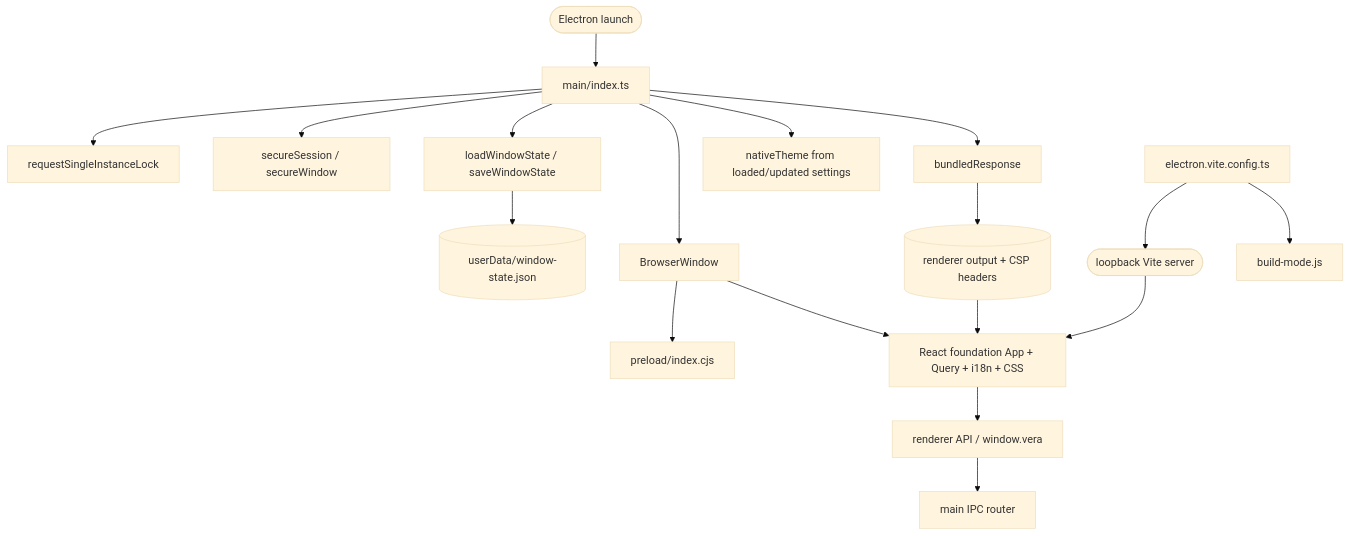
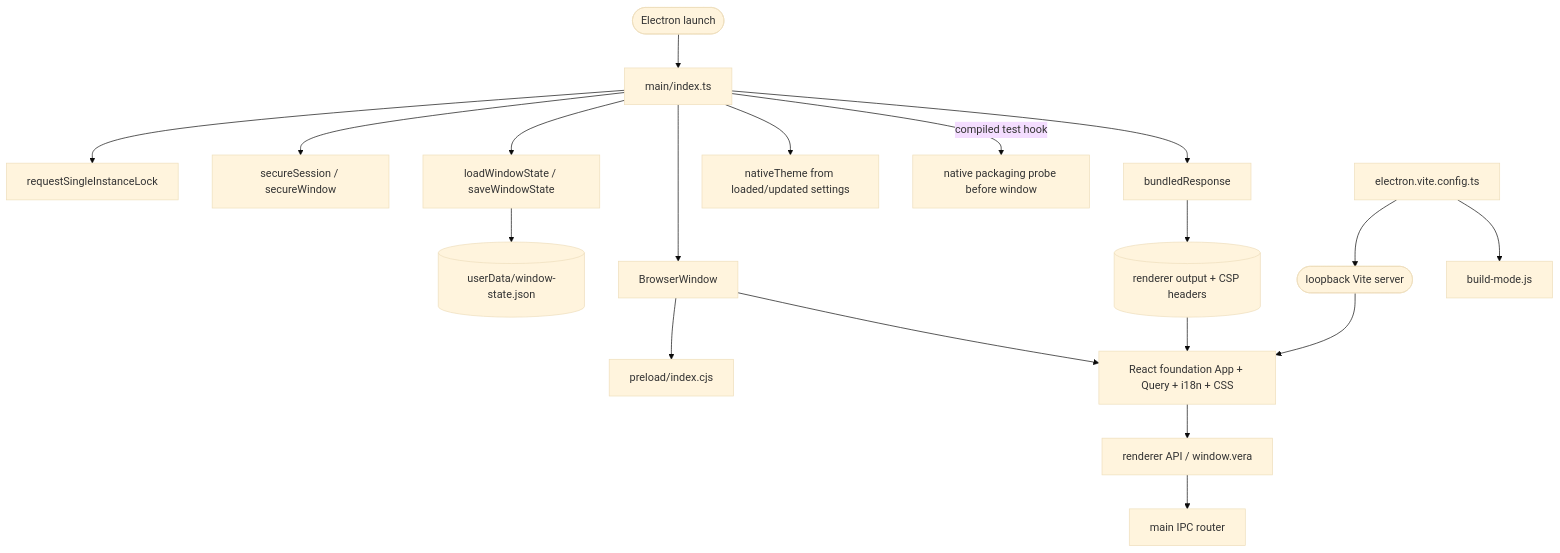
Before and after one commit to DDP-Engineering/2026_Virtual_Embedded_Rig_Assistant: the diagram in .agentic/knowledge/desktop-shell.md, drawn with Mermaid (base theme). The commit also changed other lines of this file and 72 other files, not shown here.

First line of the commit message:
feat(packaging): implement WP-05 native module and model spike

````diff
--- a/.agentic/knowledge/desktop-shell.md
+++ b/.agentic/knowledge/desktop-shell.md
@@ -67,20 +70,21 @@
 ```mermaid
 flowchart TD
   launch([Electron launch]) --> main[main/index.ts]
   main --> lock[requestSingleInstanceLock]
   main --> security[secureSession / secureWindow]
   main --> state[loadWindowState / saveWindowState]
   state --> file[(userData/window-state.json)]
   main --> window[BrowserWindow]
   window --> preload[preload/index.cjs]
   main --> protocol[bundledResponse]
   protocol --> assets[(renderer output + CSP headers)]
   window --> renderer[React foundation App + Query + i18n + CSS]
   main --> nativeTheme[nativeTheme from loaded/updated settings]
+  main -->|compiled test hook| probe[native packaging probe before window]
   renderer --> api[renderer API / window.vera]
   api --> router[main IPC router]
   assets --> renderer
   dev([loopback Vite server]) --> renderer
   config[electron.vite.config.ts] --> dev
   config --> mode[build-mode.js]
 ```
````
